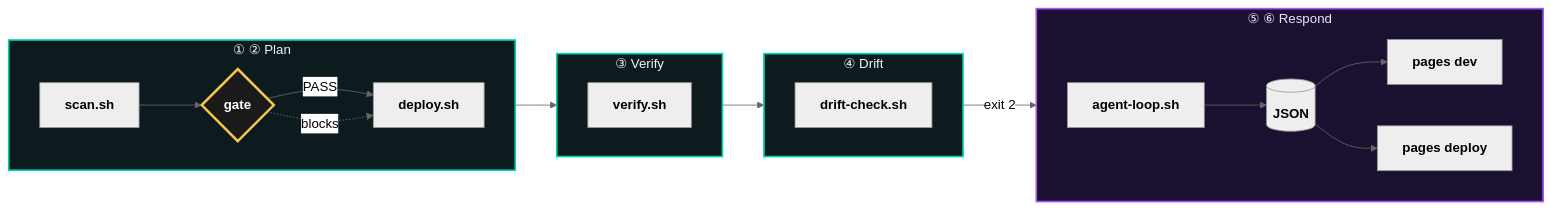
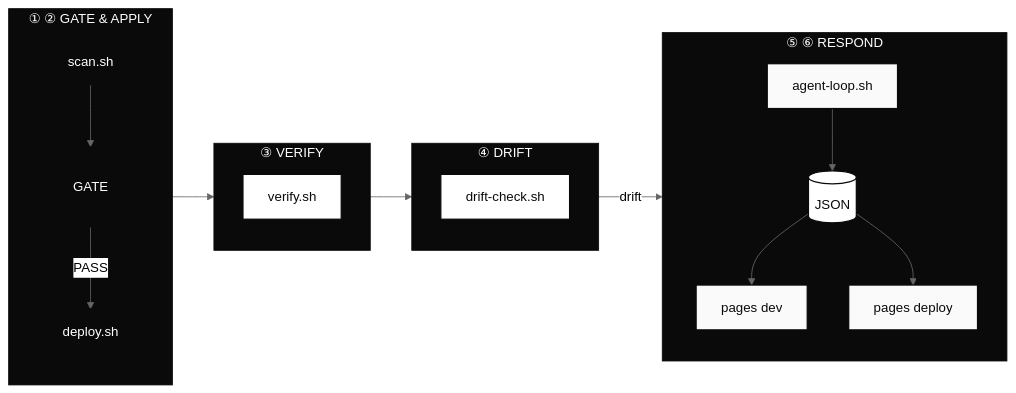
One commit to arifbazli/shift-left-cloud-sandbox changed the diagram in docs/diagrams/developer-dataflow.mmd. Above: the diagram before and after it, drawn with Mermaid (neutral theme). The commit also changed 8 other files, not shown here.

First line of the commit message:
docs: redesign diagrams in modern B&W aesthetic

```diff
--- a/docs/diagrams/developer-dataflow.mmd
+++ b/docs/diagrams/developer-dataflow.mmd
@@ -1,37 +1,45 @@
 flowchart LR
-    subgraph P["① ② Plan"]
-        direction LR
-        SCAN["<b>scan.sh</b>"]
-        GATE{"<b>gate</b>"}
-        DEP["<b>deploy.sh</b>"]
-        SCAN --> GATE -->|"PASS"| DEP
+    subgraph S1["① ② GATE &amp; APPLY"]
+        direction TB
+        SCAN["scan.sh"]
+        GATE{"GATE"}
+        APPLY["deploy.sh"]
+        SCAN --> GATE -->|"PASS"| APPLY
     end
 
-    subgraph V["③ Verify"]
-        direction LR
-        V1["<b>verify.sh</b>"]
+    subgraph S2["③ VERIFY"]
+        direction TB
+        V1["verify.sh"]
     end
 
-    subgraph D["④ Drift"]
-        direction LR
-        D1["<b>drift-check.sh</b>"]
+    subgraph S3["④ DRIFT"]
+        direction TB
+        D1["drift-check.sh"]
     end
 
-    subgraph R["⑤ ⑥ Respond"]
-        direction LR
-        AG["<b>agent-loop.sh</b>"]
-        DA[("<b>JSON</b>")]
-        LOC["<b>pages dev</b>"]
-        LIVE["<b>pages deploy</b>"]
-        AG --> DA --> LOC
-        DA --> LIVE
+    subgraph S4["⑤ ⑥ RESPOND"]
+        direction TB
+        AG["agent-loop.sh"]
+        J[("JSON")]
+        DEV["pages dev"]
+        DEP["pages deploy"]
+        AG --> J
+        J --> DEV
+        J --> DEP
     end
 
-    DEP --> V1 --> D1 -->|"exit 2"| AG
-    GATE -. "blocks" .-> DEP
+    APPLY --> V1 --> D1 -->|"drift"| AG
 
-    style P fill:#0d1b1e,stroke:#00d4aa,color:#e6f7f4,stroke-width:2px
-    style V fill:#0d1b1e,stroke:#00d4aa,color:#e6f7f4,stroke-width:2px
-    style D fill:#0d1b1e,stroke:#00d4aa,color:#e6f7f4,stroke-width:2px
-    style R fill:#1a1030,stroke:#a855f7,color:#f0e6ff,stroke-width:2px
-    style GATE fill:#1a1a1a,stroke:#f6c54b,color:#ffffff,stroke-width:3px
+    classDef section fill:#0a0a0a,stroke:#0a0a0a,color:#ffffff,stroke-width:1px
+    classDef black fill:#0a0a0a,stroke:#0a0a0a,color:#ffffff,stroke-width:2px
+    classDef white fill:#ffffff,stroke:#0a0a0a,color:#0a0a0a,stroke-width:1.5px
+    classDef gray fill:#fafafa,stroke:#0a0a0a,color:#0a0a0a,stroke-width:1.5px
+    classDef diamond fill:#0a0a0a,stroke:#0a0a0a,color:#ffffff,stroke-width:2px
+    classDef store fill:#ffffff,stroke:#0a0a0a,color:#0a0a0a,stroke-width:1.5px
+
+    class S1,S2,S3,S4 section
+    class SCAN,APPLY black
+    class V1,D1 white
+    class AG,DEV,DEP gray
+    class GATE diamond
+    class J store
```
